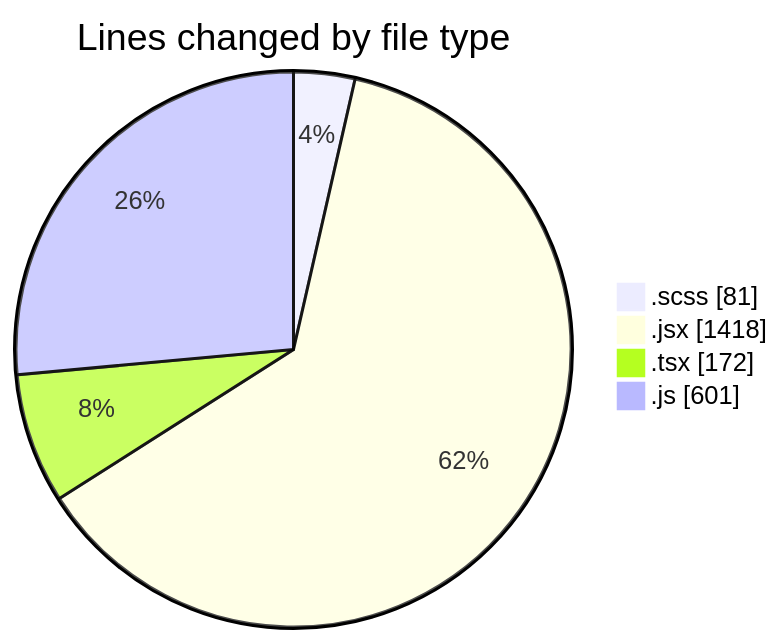
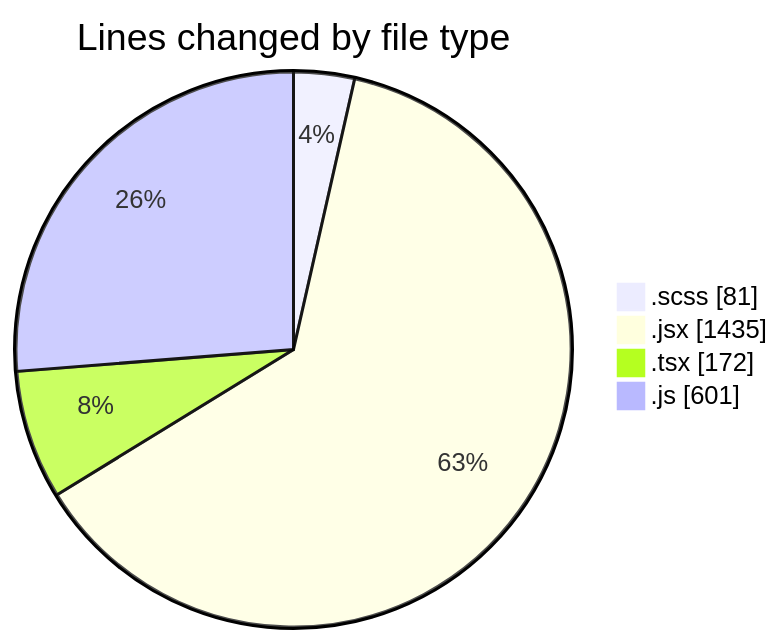
One commit to momahboobian/code-tracking changed the first of 2 diagrams in 2025-06-03/cda/README.md. Above: the diagram before and after it, drawn with Mermaid. The commit also changed other lines of this file and 1 other file, not shown here.

````diff
--- a/2025-06-03/cda/README.md
+++ b/2025-06-03/cda/README.md
@@ -25,8 +25,8 @@
 ```mermaid
 pie showData
 title Lines changed by file type
 ".scss" : 81
-".jsx" : 1418
+".jsx" : 1435
 ".tsx" : 172
 ".js" : 601
 ```
````
